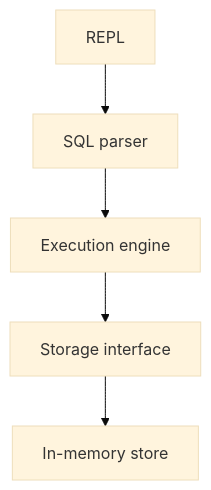
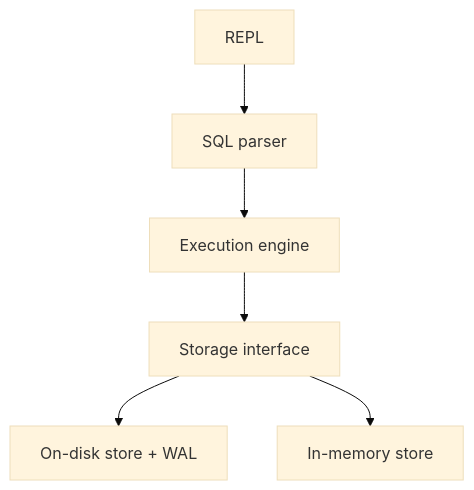
Before and after one commit to askorykh/goDB: the diagram in README.md, drawn with Mermaid (base theme). The commit also changed other lines of this file and 3 other files, not shown here.

Commit message:
Document storage backends and filestore WAL recovery

````diff
--- a/README.md
+++ b/README.md
@@ -81,7 +86,8 @@
 ```mermaid
 graph TD;
   REPL --> Parser[SQL parser];
   Parser --> Engine[Execution engine];
   Engine --> Storage[Storage interface];
+  Storage --> Filestore[On-disk store + WAL];
   Storage --> Memstore[In-memory store];
 ```
````
